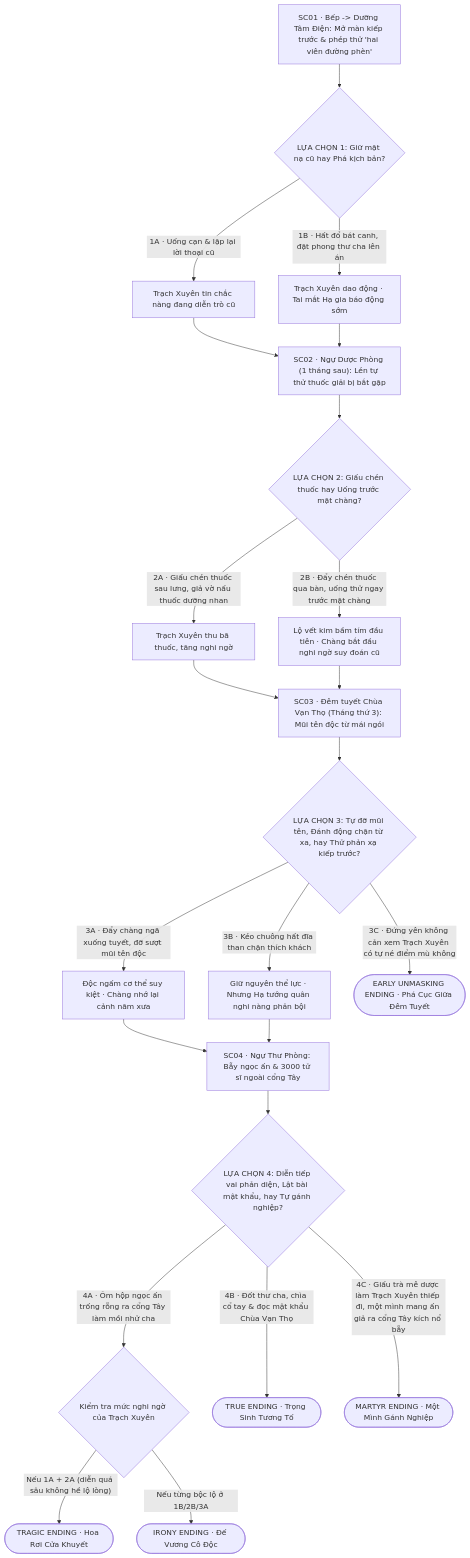
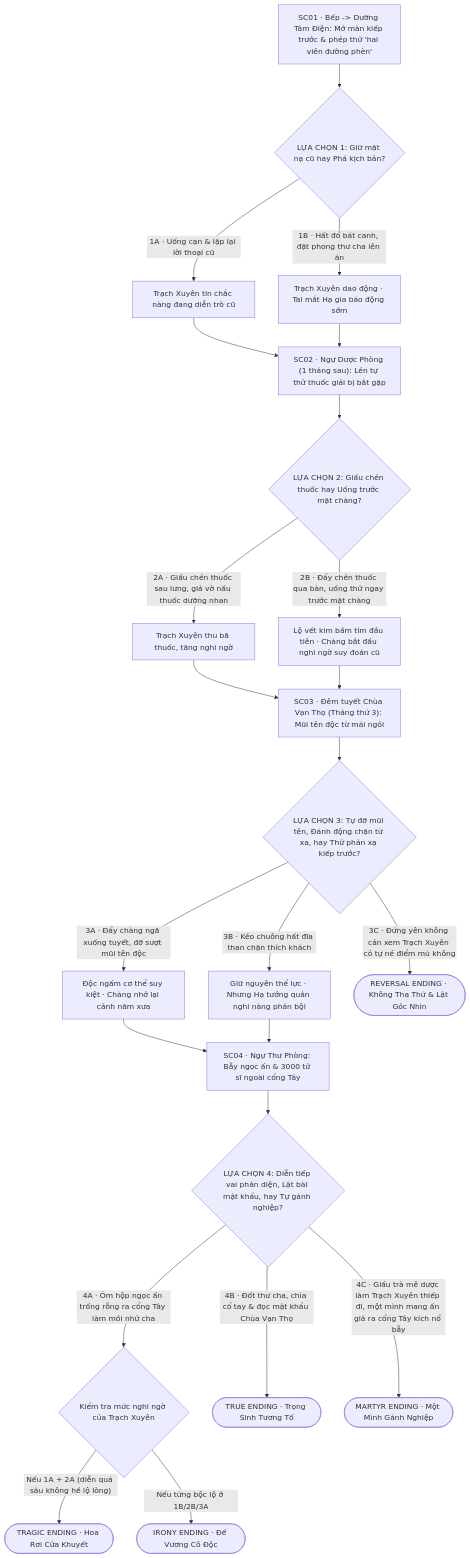
Before and after one commit to tviethung/kich-ban-review: the second of 4 diagrams in cum_y_tuong_dong_9.md, drawn with Mermaid. The commit also changed other lines of this file and 4 other files, not shown here.

````diff
--- a/cum_y_tuong_dong_9.md
+++ b/cum_y_tuong_dong_9.md
@@ -186,31 +186,31 @@
 ```mermaid
 flowchart TD
     P2S1["SC01 · Bếp -> Dưỡng Tâm Điện: Mở màn kiếp trước & phép thử 'hai viên đường phèn'"] --> P2C1{"LỰA CHỌN 1: Giữ mặt nạ cũ hay Phá kịch bản?"}
     P2C1 -->|"1A · Uống cạn & lặp lại lời thoại cũ"| P2B1A["Trạch Xuyên tin chắc nàng đang diễn trò cũ"]
     P2C1 -->|"1B · Hất đổ bát canh, đặt phong thư cha lên án"| P2B1B["Trạch Xuyên dao động · Tai mắt Hạ gia báo động sớm"]
 
     P2B1A --> P2S2["SC02 · Ngự Dược Phòng (1 tháng sau): Lén tự thử thuốc giải bị bắt gặp"]
     P2B1B --> P2S2
 
     P2S2 --> P2C2{"LỰA CHỌN 2: Giấu chén thuốc hay Uống trước mặt chàng?"}
     P2C2 -->|"2A · Giấu chén thuốc sau lưng, giả vờ nấu thuốc dưỡng nhan"| P2B2A["Trạch Xuyên thu bã thuốc, tăng nghi ngờ"]
     P2C2 -->|"2B · Đẩy chén thuốc qua bàn, uống thử ngay trước mặt chàng"| P2B2B["Lộ vết kim bầm tím đầu tiên · Chàng bắt đầu nghi ngờ suy đoán cũ"]
 
     P2B2A --> P2S3["SC03 · Đêm tuyết Chùa Vạn Thọ (Tháng thứ 3): Mũi tên độc từ mái ngói"]
     P2B2B --> P2S3
 
     P2S3 --> P2C3{"LỰA CHỌN 3: Tự đỡ mũi tên, Đánh động chặn từ xa, hay Thử phản xạ kiếp trước?"}
     P2C3 -->|"3A · Đẩy chàng ngã xuống tuyết, đỡ sượt mũi tên độc"| P2B3A["Độc ngấm cơ thể suy kiệt · Chàng nhớ lại cảnh năm xưa"]
     P2C3 -->|"3B · Kéo chuông hất đĩa than chặn thích khách"| P2B3B["Giữ nguyên thể lực · Nhưng Hạ tướng quân nghi nàng phản bội"]
-    P2C3 -->|"3C · Đứng yên không cản xem Trạch Xuyên có tự né điểm mù không"| P2E4(["EARLY UNMASKING ENDING · Phá Cục Giữa Đêm Tuyết"])
+    P2C3 -->|"3C · Đứng yên không cản xem Trạch Xuyên có tự né điểm mù không"| P2E4(["REVERSAL ENDING · Không Tha Thứ & Lật Góc Nhìn"])
 
     P2B3A --> P2S4["SC04 · Ngự Thư Phòng: Bẫy ngọc ấn & 3000 tử sĩ ngoài cổng Tây"]
     P2B3B --> P2S4
 
     P2S4 --> P2C4{"LỰA CHỌN 4: Diễn tiếp vai phản diện, Lật bài mật khẩu, hay Tự gánh nghiệp?"}
     P2C4 -->|"4A · Ôm hộp ngọc ấn trống rỗng ra cổng Tây làm mồi nhử cha"| P2CHECK{"Kiểm tra mức nghi ngờ của Trạch Xuyên"}
     P2CHECK -->|"Nếu 1A + 2A (diễn quá sâu không hề lộ lòng)"| P2E2(["TRAGIC ENDING · Hoa Rơi Cửa Khuyết"])
     P2CHECK -->|"Nếu từng bộc lộ ở 1B/2B/3A"| P2E3(["IRONY ENDING · Đế Vương Cô Độc"])
     P2C4 -->|"4B · Đốt thư cha, chìa cổ tay & đọc mật khẩu Chùa Vạn Thọ"| P2E1(["TRUE ENDING · Trọng Sinh Tương Tố"])
     P2C4 -->|"4C · Giấu trà mê dược làm Trạch Xuyên thiếp đi, một mình mang ấn giả ra cổng Tây kích nổ bẫy"| P2E5(["MARTYR ENDING · Một Mình Gánh Nghiệp"])
 ```
````
